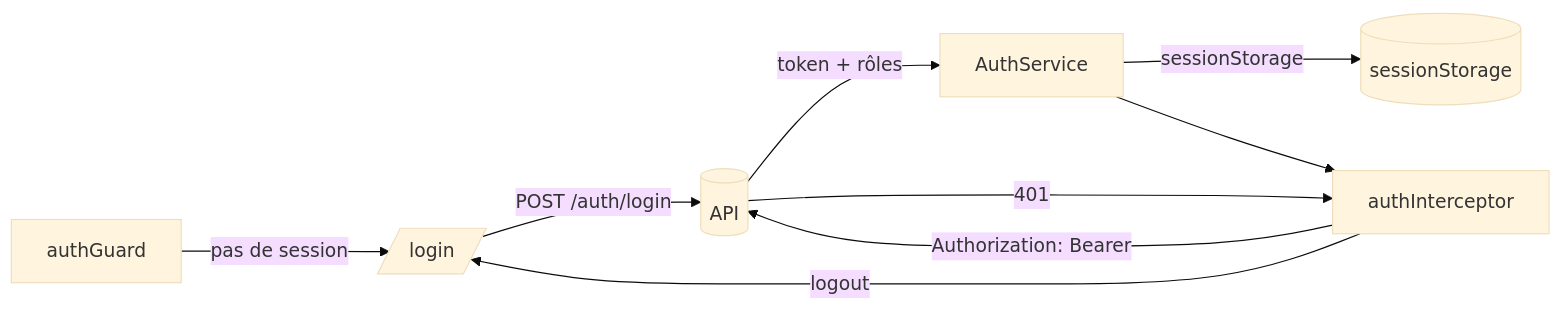
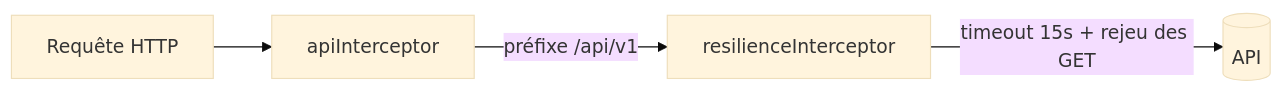
The diagram in docs/architecture/architecture-frontend.md (mouhamadoulo/payment-messages), drawn with Mermaid (base theme) before and after one commit. The commit also changed other lines of this file and 48 other files, not shown here.

````diff
--- a/docs/architecture/architecture-frontend.md
+++ b/docs/architecture/architecture-frontend.md
@@ -55,11 +55,6 @@
 ```mermaid
 flowchart LR
-    GUARD[authGuard] -->|pas de session| LOGIN[/login/]
-    LOGIN -->|POST /auth/login| API[(API)]
-    API -->|token + rôles| AUTH[AuthService]
-    AUTH -->|sessionStorage| STORE[(sessionStorage)]
-    AUTH --> INTERCEPT[authInterceptor]
-    INTERCEPT -->|Authorization: Bearer| API
-    API -->|401| INTERCEPT
-    INTERCEPT -->|logout| LOGIN
+    REQ[Requête HTTP] --> API_I[apiInterceptor]
+    API_I -->|préfixe /api/v1| RES_I[resilienceInterceptor]
+    RES_I -->|timeout 15s + rejeu des GET| API[(API)]
 ```
````
